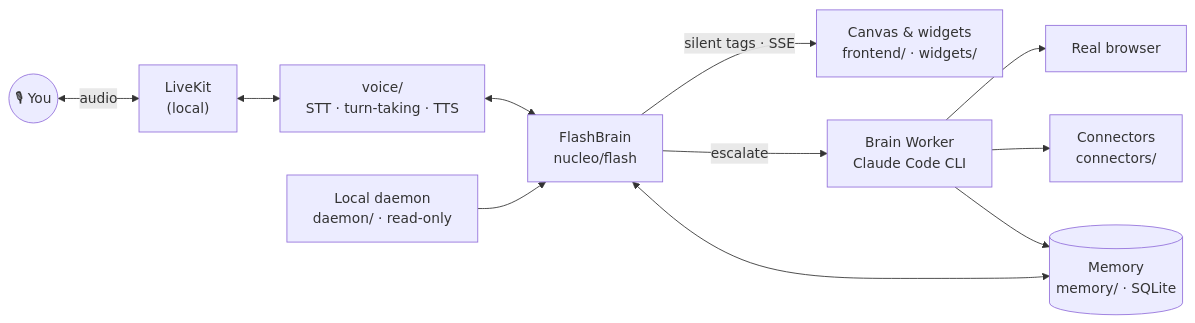
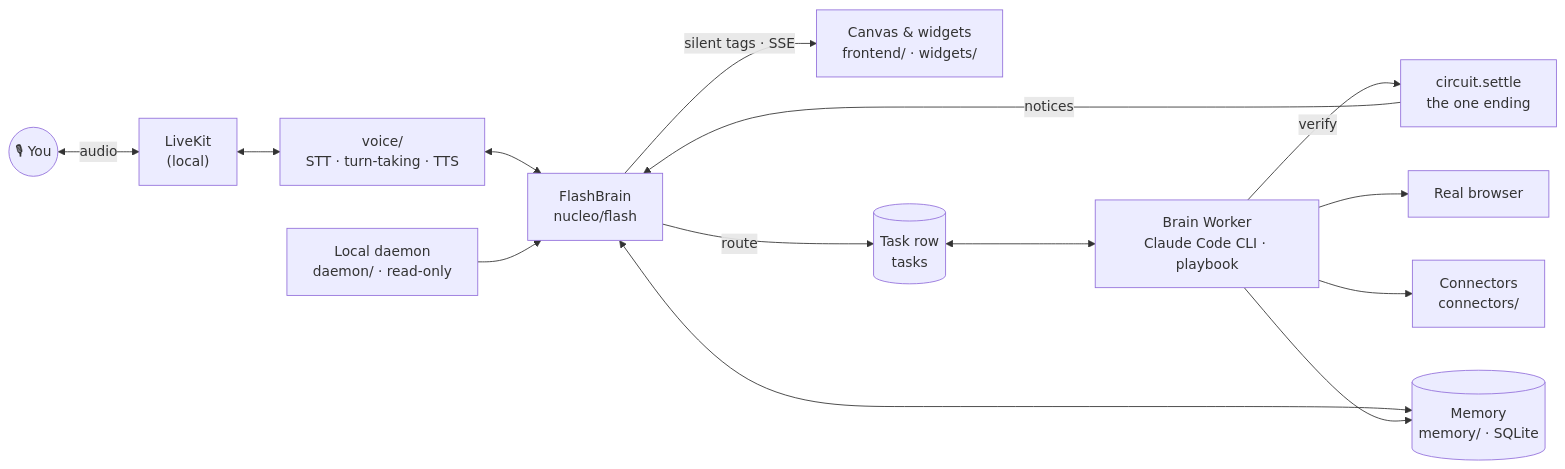
Before and after one commit to meshkore/zaelar: the diagram in README.md, drawn with Mermaid. The commit also changed other lines of this file and 23 other files, not shown here.

Commit message:
docs: the task engine's invariants, the worker's playbook choice and contacts by sound in the architecture, criteria and context (V2-852, V2-854)

````diff
--- a/README.md
+++ b/README.md
@@ -65,13 +67,16 @@
 ```mermaid
 flowchart LR
     U(("🎙 You")) <-->|audio| LK["LiveKit<br/>(local)"]
     LK <--> V["voice/<br/>STT · turn-taking · TTS"]
     V <--> FB["FlashBrain<br/>nucleo/flash"]
     FB -->|silent tags · SSE| UI["Canvas & widgets<br/>frontend/ · widgets/"]
-    FB -->|escalate| BW["Brain Worker<br/>Claude Code CLI"]
+    FB -->|route| T[("Task row<br/>tasks")]
+    T <--> BW["Brain Worker<br/>Claude Code CLI · playbook"]
+    BW -->|verify| ST["circuit.settle<br/>the one ending"]
+    ST -->|notices| FB
     BW --> BR["Real browser"]
     BW --> CN["Connectors<br/>connectors/"]
     FB <--> M[("Memory<br/>memory/ · SQLite")]
     BW --> M
     D["Local daemon<br/>daemon/ · read-only"] --> FB
 ```
````
